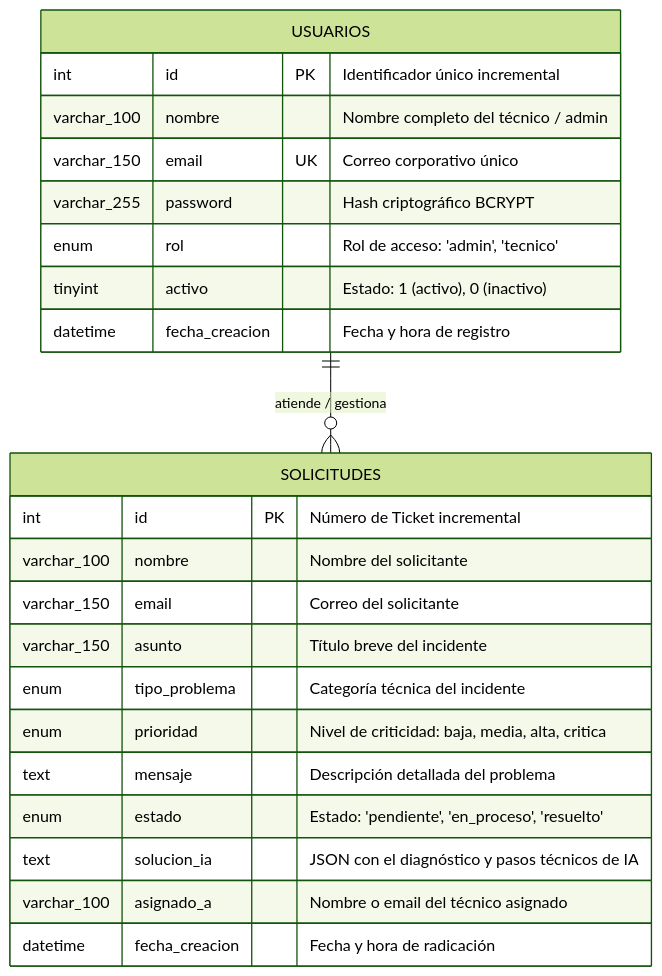
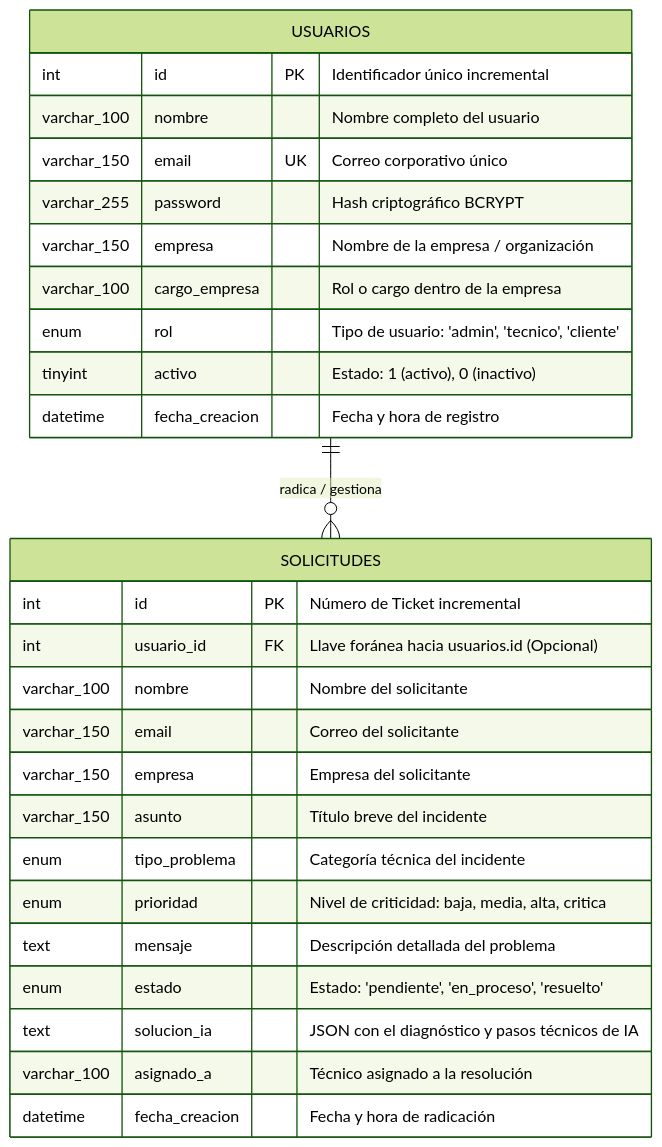
One commit to JaiderBadillo/TECHCARE---SOPORTE-TI changed the diagram in 02-Diseño/Diagrama_Entidad_Relacion.md. Above: the diagram before and after it, drawn with Mermaid (forest theme). The commit also changed other lines of this file and 10 other files, not shown here.

Commit message:
feat: modulo de registro de usuarios clientes (empresa y cargo) con portal de historial y DER actualizado

````diff
--- a/02-Diseño/Diagrama_Entidad_Relacion.md
+++ b/02-Diseño/Diagrama_Entidad_Relacion.md
@@ -13,28 +13,32 @@
 ```mermaid
 erDiagram
-    USUARIOS ||--o{ SOLICITUDES : "atiende / gestiona"
+    USUARIOS ||--o{ SOLICITUDES : "radica / gestiona"
 
     USUARIOS {
         int id PK "Identificador único incremental"
-        varchar_100 nombre "Nombre completo del técnico / admin"
+        varchar_100 nombre "Nombre completo del usuario"
         varchar_150 email UK "Correo corporativo único"
         varchar_255 password "Hash criptográfico BCRYPT"
-        enum rol "Rol de acceso: 'admin', 'tecnico'"
+        varchar_150 empresa "Nombre de la empresa / organización"
+        varchar_100 cargo_empresa "Rol o cargo dentro de la empresa"
+        enum rol "Tipo de usuario: 'admin', 'tecnico', 'cliente'"
         tinyint activo "Estado: 1 (activo), 0 (inactivo)"
         datetime fecha_creacion "Fecha y hora de registro"
     }
 
     SOLICITUDES {
         int id PK "Número de Ticket incremental"
+        int usuario_id FK "Llave foránea hacia usuarios.id (Opcional)"
         varchar_100 nombre "Nombre del solicitante"
         varchar_150 email "Correo del solicitante"
+        varchar_150 empresa "Empresa del solicitante"
         varchar_150 asunto "Título breve del incidente"
         enum tipo_problema "Categoría técnica del incidente"
         enum prioridad "Nivel de criticidad: baja, media, alta, critica"
         text mensaje "Descripción detallada del problema"
         enum estado "Estado: 'pendiente', 'en_proceso', 'resuelto'"
         text solucion_ia "JSON con el diagnóstico y pasos técnicos de IA"
-        varchar_100 asignado_a "Nombre o email del técnico asignado"
+        varchar_100 asignado_a "Técnico asignado a la resolución"
         datetime fecha_creacion "Fecha y hora de radicación"
     }
 ```
````
